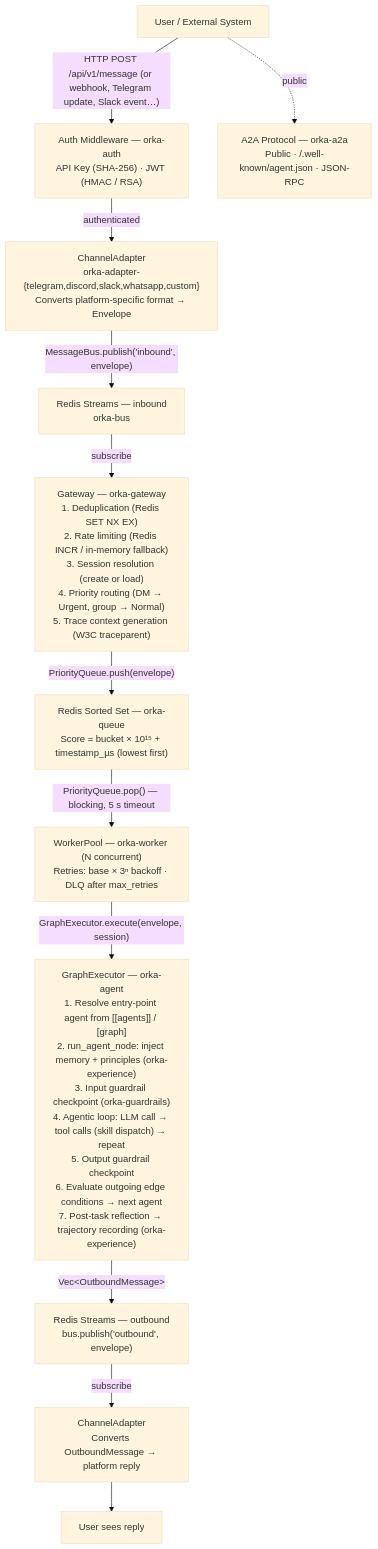
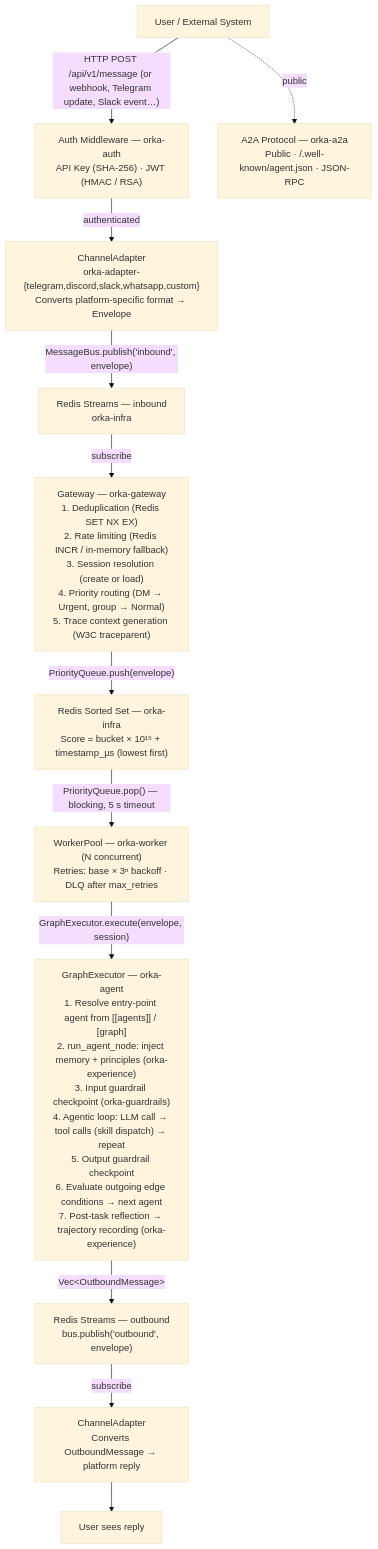
The first of 2 diagrams in docs/reference/architecture.md (gianlucamazza/orka), drawn with Mermaid (base theme) before and after one commit. The commit also changed other lines of this file and 5 other files, not shown here.

````diff
--- a/docs/reference/architecture.md
+++ b/docs/reference/architecture.md
@@ -7,27 +7,27 @@
 ```mermaid
 flowchart TD
     User["User / External System"]
     Auth["Auth Middleware — orka-auth<br/>API Key (SHA-256) · JWT (HMAC / RSA)"]
     CA1["ChannelAdapter<br/>orka-adapter-{telegram,discord,slack,whatsapp,custom}<br/>Converts platform-specific format → Envelope"]
-    RS1["Redis Streams — inbound<br/>orka-bus"]
+    RS1["Redis Streams — inbound<br/>orka-infra"]
     GW["Gateway — orka-gateway<br/>1. Deduplication (Redis SET NX EX)<br/>2. Rate limiting (Redis INCR / in-memory fallback)<br/>3. Session resolution (create or load)<br/>4. Priority routing (DM → Urgent, group → Normal)<br/>5. Trace context generation (W3C traceparent)"]
-    PQ["Redis Sorted Set — orka-queue<br/>Score = bucket × 10¹⁵ + timestamp_µs (lowest first)"]
+    PQ["Redis Sorted Set — orka-infra<br/>Score = bucket × 10¹⁵ + timestamp_µs (lowest first)"]
     WP["WorkerPool — orka-worker (N concurrent)<br/>Retries: base × 3ⁿ backoff · DLQ after max_retries"]
     WH["GraphExecutor — orka-agent<br/>1. Resolve entry-point agent from [[agents]] / [graph]<br/>2. run_agent_node: inject memory + principles (orka-experience)<br/>3. Input guardrail checkpoint (orka-guardrails)<br/>4. Agentic loop: LLM call → tool calls (skill dispatch) → repeat<br/>5. Output guardrail checkpoint<br/>6. Evaluate outgoing edge conditions → next agent<br/>7. Post-task reflection → trajectory recording (orka-experience)"]
     RS2["Redis Streams — outbound<br/>bus.publish('outbound', envelope)"]
     CA2["ChannelAdapter<br/>Converts OutboundMessage → platform reply"]
     Reply["User sees reply"]
     A2A["A2A Protocol — orka-a2a<br/>Public · /.well-known/agent.json · JSON-RPC"]
 
     User -->|"HTTP POST /api/v1/message (or webhook, Telegram update, Slack event…)"| Auth
     User -.->|"public"| A2A
     Auth -->|"authenticated"| CA1
     CA1 -->|"MessageBus.publish('inbound', envelope)"| RS1
     RS1 -->|"subscribe"| GW
     GW -->|"PriorityQueue.push(envelope)"| PQ
     PQ -->|"PriorityQueue.pop() — blocking, 5 s timeout"| WP
     WP -->|"GraphExecutor.execute(envelope, session)"| WH
     WH -->|"Vec&lt;OutboundMessage&gt;"| RS2
     RS2 -->|"subscribe"| CA2
     CA2 --> Reply
 ```
````
